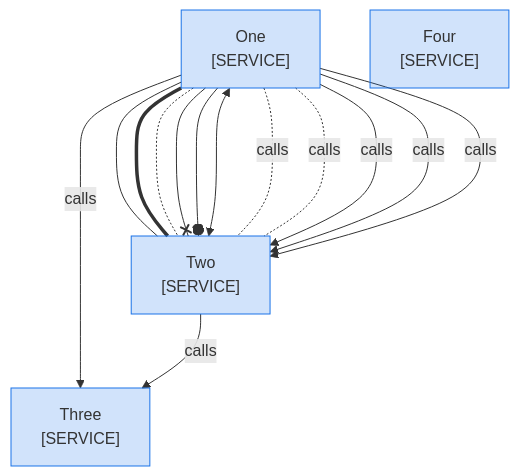
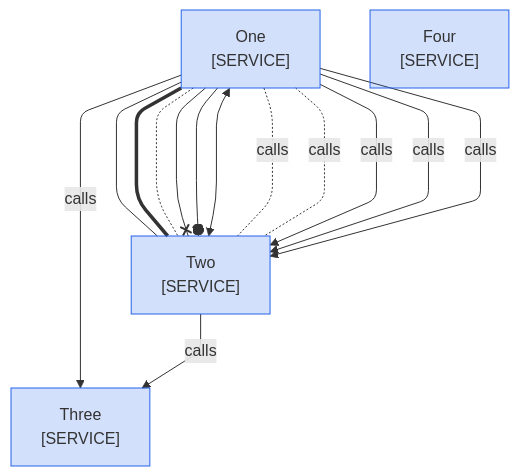
The diagram in skills/docsmith/scripts/fixtures/bad/mmd-link.md (choonchernlim/skills), drawn with Mermaid before and after one commit. The commit also changed other lines of this file and 127 other files, not shown here.

````diff
--- a/skills/docsmith/scripts/fixtures/bad/mmd-link.md
+++ b/skills/docsmith/scripts/fixtures/bad/mmd-link.md
@@ -14,22 +14,23 @@
 ```mermaid
 graph TD
+  %%{init: {"themeCSS": ".cluster-label, .cluster-label div, .cluster-label span, .cluster-label p { text-align: center !important; }", "flowchart": {"curve": "rounded", "subGraphTitleMargin": {"top": 6, "bottom": 30}}}}%%
   A["One<br/>[SERVICE]"]
   B["Two<br/>[SERVICE]"]
   C["Three<br/>[SERVICE]"]
   D["Four<br/>[SERVICE]"]
   A --- B
   A === B
   A -.- B
   A --x B
   A --o B
   A <--> B
   A ~~~ B
   A -..-|"calls"| B
   A -. "calls" .- B
   A e1@-->|"calls"| B
   A -->|"calls"| B & C
   A -->|"calls"| B -->|"calls"| C
 
   class A,B,C,D own
-  classDef own fill:#1a73e833,stroke:#1a73e8
+  classDef own fill:#2563eb33,stroke:#2563eb
 ```
````
